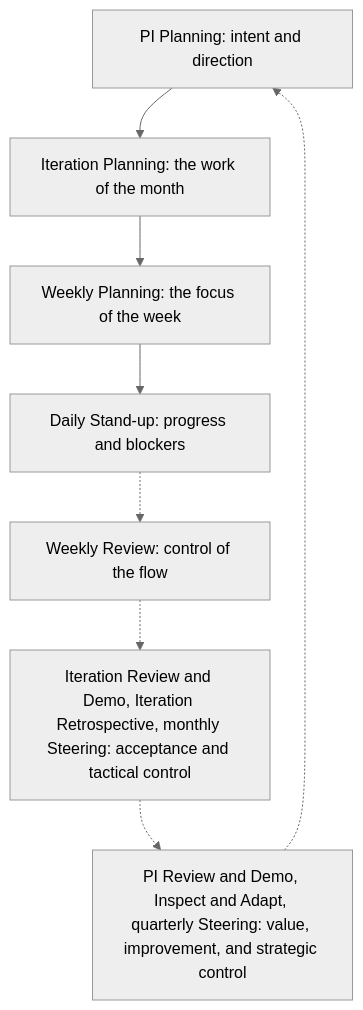
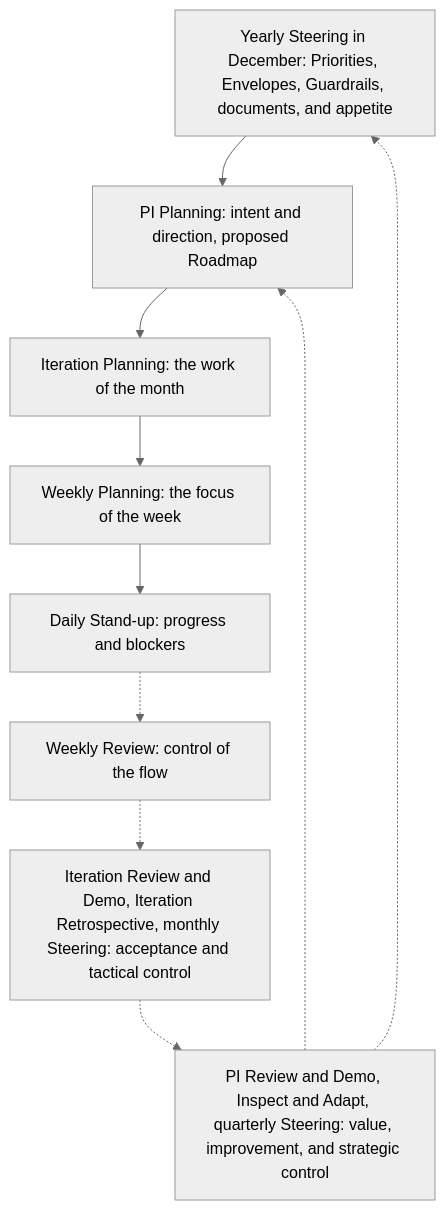
Before and after one commit to devhogu/ob-aicc: the sixth of 6 diagrams in charter/workflows/cadence.md, drawn with Mermaid (neutral theme). The commit also changed other lines of this file and 200 other files, not shown here.

````diff
--- a/charter/workflows/cadence.md
+++ b/charter/workflows/cadence.md
@@ -117,10 +162,12 @@
 ```mermaid
 flowchart TB
-  PIP["PI Planning: intent and direction"] --> ITP["Iteration Planning: the work of the month"]
+  YS["Yearly Steering in December: Priorities, Envelopes, Guardrails, documents, and appetite"] --> PIP["PI Planning: intent and direction, proposed Roadmap"]
+  PIP --> ITP["Iteration Planning: the work of the month"]
   ITP --> WP["Weekly Planning: the focus of the week"]
   WP --> DS["Daily Stand-up: progress and blockers"]
   DS -.-> WR["Weekly Review: control of the flow"]
   WR -.-> IR["Iteration Review and Demo, Iteration Retrospective, monthly Steering: acceptance and tactical control"]
   IR -.-> PIR["PI Review and Demo, Inspect and Adapt, quarterly Steering: value, improvement, and strategic control"]
+  PIR -.-> YS
   PIR -.-> PIP
 ```
````
